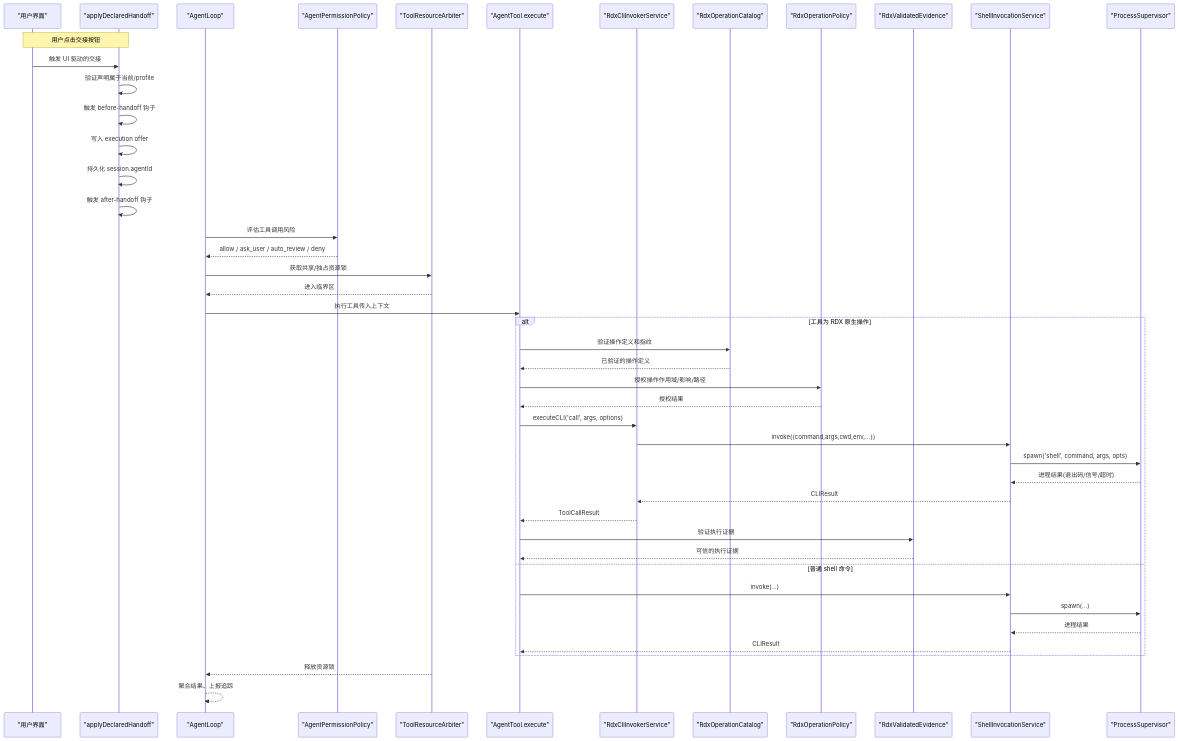
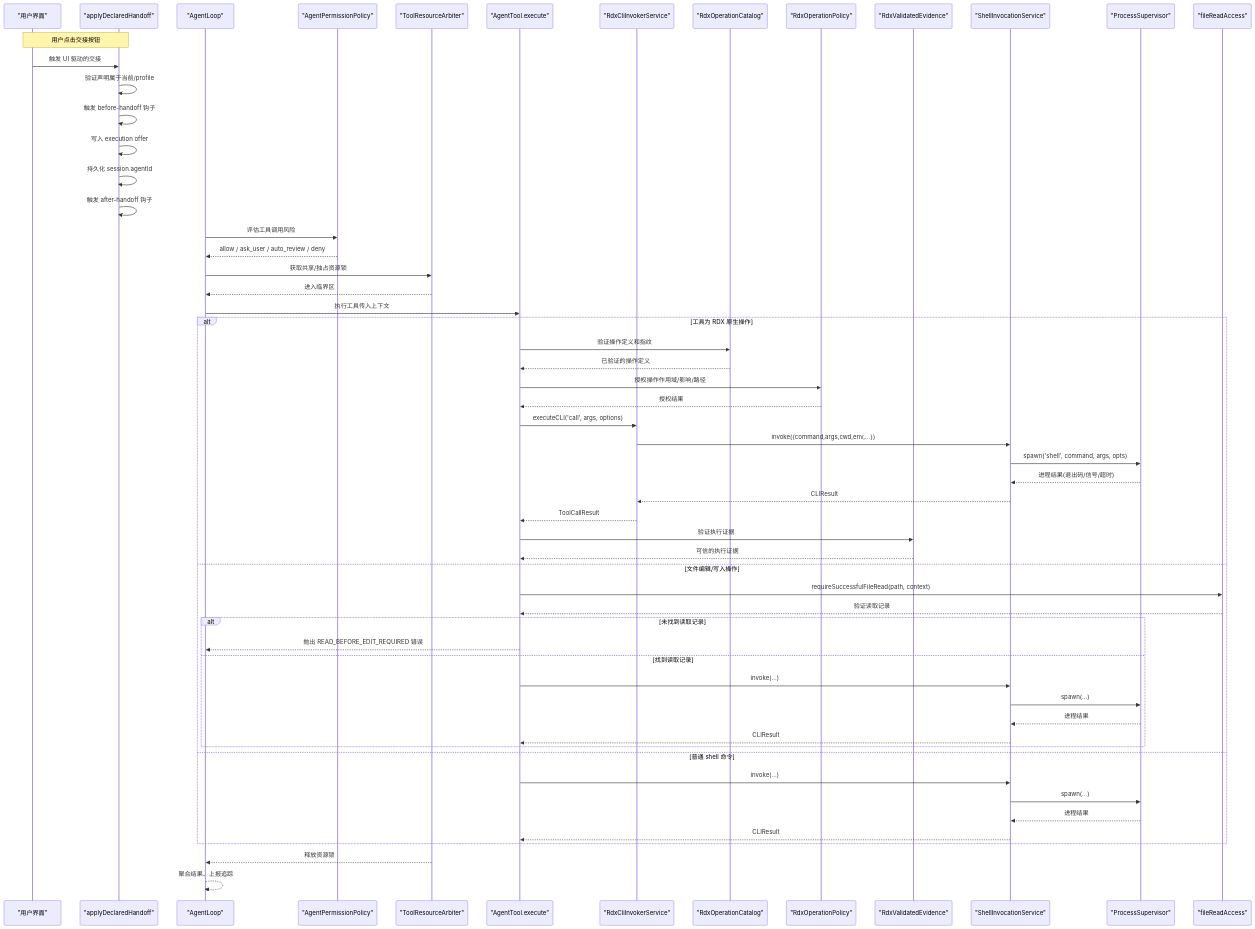
Before and after one commit to haolange/RDC-Agent: the second of 17 diagrams in .qoder/repowiki/zh/content/核心模块/工具系统/工具系统.md, drawn with Mermaid. The commit also changed other lines of this file and 85 other files, not shown here.

````diff
--- a/.qoder/repowiki/zh/content/核心模块/工具系统/工具系统.md
+++ b/.qoder/repowiki/zh/content/核心模块/工具系统/工具系统.md
@@ -169,48 +196,60 @@
 ```mermaid
 sequenceDiagram
 participant UI as "用户界面"
 participant Handoff as "applyDeclaredHandoff"
 participant Agent as "AgentLoop"
 participant Perm as "AgentPermissionPolicy"
 participant Res as "ToolResourceArbiter"
 participant Tool as "AgentTool.execute"
 participant Cli as "RdxCliInvokerService"
 participant Cat as "RdxOperationCatalog"
 participant Pol as "RdxOperationPolicy"
 participant Ev as "RdxValidatedEvidence"
 participant Shell as "ShellInvocationService"
 participant Proc as "ProcessSupervisor"
+participant FileAccess as "fileReadAccess"
 Note over UI,Handoff : 用户点击交接按钮
 UI->>Handoff : 触发 UI 驱动的交接
 Handoff->>Handoff : 验证声明属于当前/profile
 Handoff->>Handoff : 触发 before-handoff 钩子
 Handoff->>Handoff : 写入 execution offer
 Handoff->>Handoff : 持久化 session.agentId
 Handoff->>Handoff : 触发 after-handoff 钩子
 Agent->>Perm : 评估工具调用风险
 Perm-->>Agent : allow / ask_user / auto_review / deny
 Agent->>Res : 获取共享/独占资源锁
 Res-->>Agent : 进入临界区
 Agent->>Tool : 执行工具传入上下文
 alt 工具为 RDX 原生操作
 Tool->>Cat : 验证操作定义和指纹
 Cat-->>Tool : 已验证的操作定义
 Tool->>Pol : 授权操作作用域/影响/路径
 Pol-->>Tool : 授权结果
 Tool->>Cli : executeCLI('call', args, options)
 Cli->>Shell : invoke({command,args,cwd,env,...})
 Shell->>Proc : spawn('shell', command, args, opts)
 Proc-->>Shell : 进程结果(退出码/信号/超时)
 Shell-->>Cli : CLIResult
 Cli-->>Tool : ToolCallResult
 Tool->>Ev : 验证执行证据
 Ev-->>Tool : 可信的执行证据
+else 文件编辑/写入操作
+Tool->>FileAccess : requireSuccessfulFileRead(path, context)
+FileAccess-->>Tool : 验证读取记录
+alt 未找到读取记录
+Tool-->>Agent : 抛出 READ_BEFORE_EDIT_REQUIRED 错误
+else 找到读取记录
+Tool->>Shell : invoke(...)
+Shell->>Proc : spawn(...)
+Proc-->>Shell : 进程结果
+Shell-->>Tool : CLIResult
+end
 else 普通 shell 命令
 Tool->>Shell : invoke(...)
 Shell->>Proc : spawn(...)
 Proc-->>Shell : 进程结果
 Shell-->>Tool : CLIResult
 end
 Res-->>Agent : 释放资源锁
 Agent-->>Agent : 聚合结果、上报追踪
 ```
````
